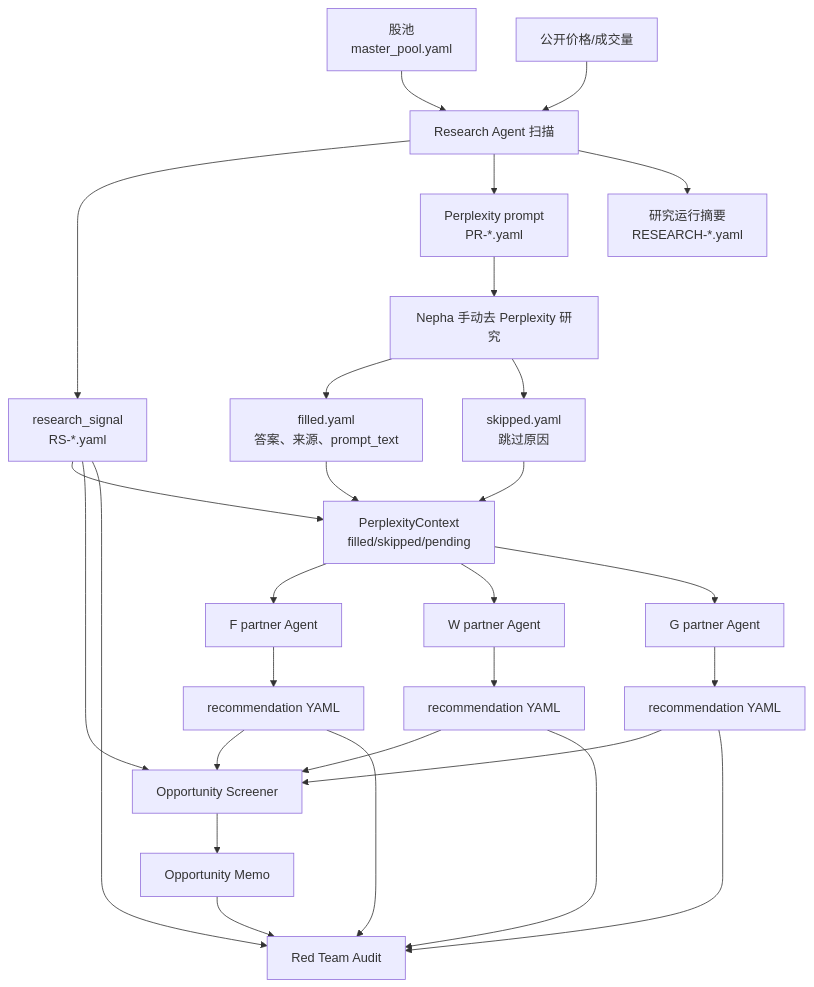
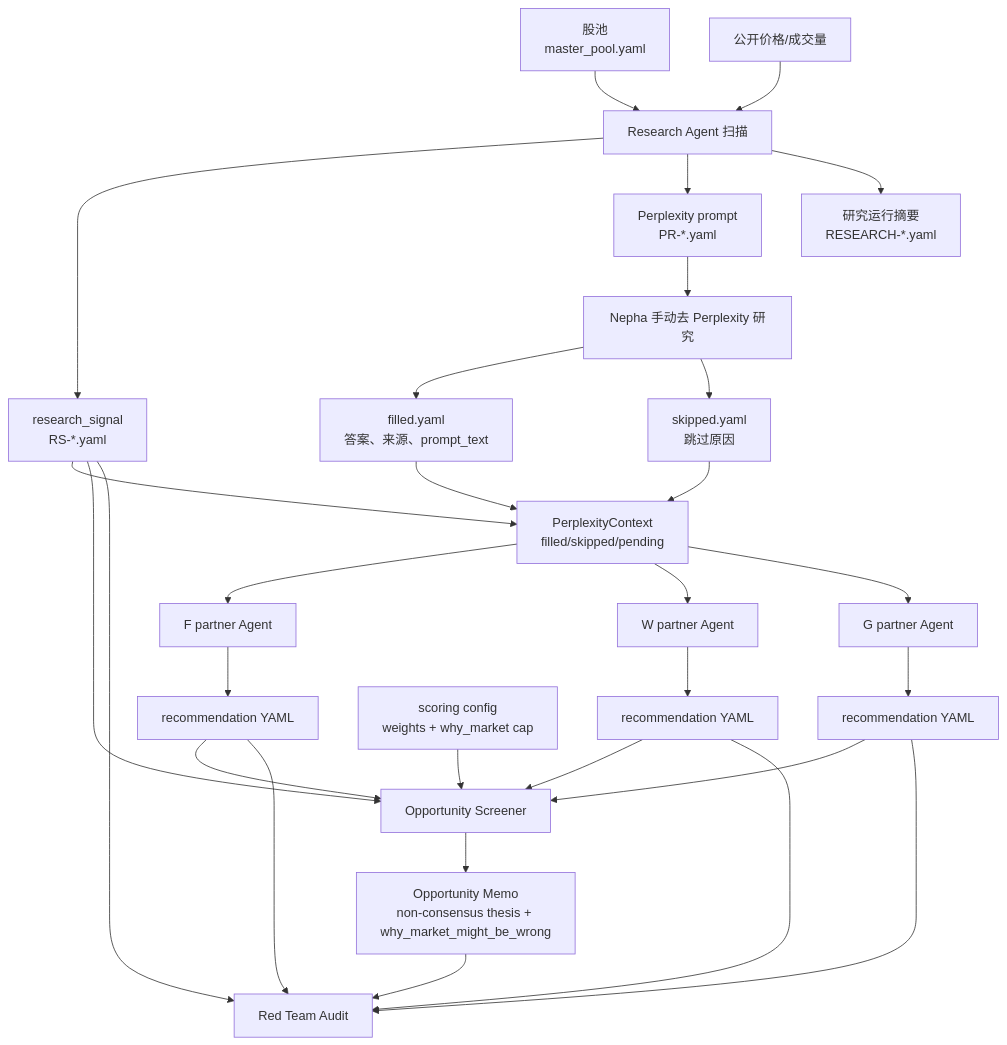
Before and after one commit to amanayayatu-tech/ksana: the third of 7 diagrams in SYSTEM_FLOW.md, drawn with Mermaid. The commit also changed other lines of this file and 21 other files, not shown here.

Commit message:
Modularize opportunity screener calibration

````diff
--- a/SYSTEM_FLOW.md
+++ b/SYSTEM_FLOW.md
@@ -82,37 +85,38 @@
 ```mermaid
 flowchart TD
     Pool["股池\nmaster_pool.yaml"] --> Scan["Research Agent 扫描"]
     Price["公开价格/成交量"] --> Scan
 
     Scan --> RS["research_signal\nRS-*.yaml"]
     Scan --> PR["Perplexity prompt\nPR-*.yaml"]
     Scan --> RR["研究运行摘要\nRESEARCH-*.yaml"]
 
     PR --> Manual["Nepha 手动去 Perplexity 研究"]
     Manual --> Filled["filled.yaml\n答案、来源、prompt_text"]
     Manual --> Skipped["skipped.yaml\n跳过原因"]
 
     Filled --> Context["PerplexityContext\nfilled/skipped/pending"]
     Skipped --> Context
     RS --> Context
 
     Context --> FPartner["F partner Agent"]
     Context --> WPartner["W partner Agent"]
     Context --> GPartner["G partner Agent"]
 
     FPartner --> R1["recommendation YAML"]
     WPartner --> R2["recommendation YAML"]
     GPartner --> R3["recommendation YAML"]
 
+    Config["scoring config\nweights + why_market cap"] --> Screener
     R1 --> Screener["Opportunity Screener"]
     R2 --> Screener
     R3 --> Screener
     RS --> Screener
-    Screener --> Brief["Opportunity Memo"]
+    Screener --> Brief["Opportunity Memo\nnon-consensus thesis + why_market_might_be_wrong"]
 
     Brief --> Audit["Red Team Audit"]
     R1 --> Audit
     R2 --> Audit
     R3 --> Audit
     RS --> Audit
 ```
````
